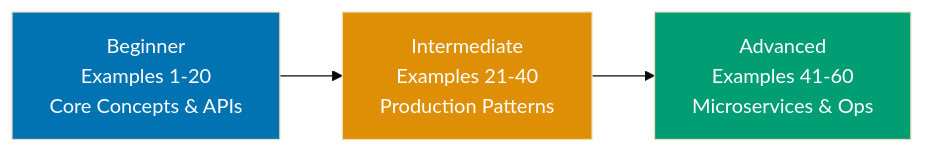
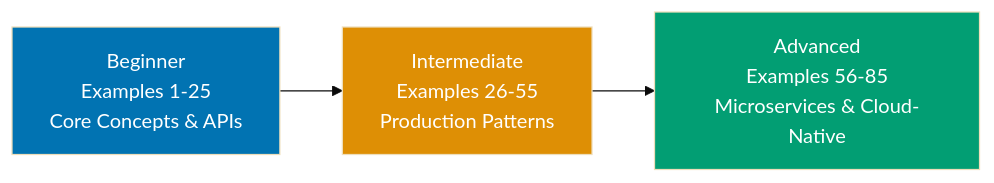
Before and after one commit to wahidyankf/open-sharia-enterprise: the diagram in apps/ayokoding-web/content/en/learn/software-engineering/platforms/web/java-spring-boot/by-example/overview.md, drawn with Mermaid (base theme). The commit also changed other lines of this file and 30 other files, not shown here.

````diff
--- a/apps/ayokoding-web/content/en/learn/software-engineering/platforms/web/java-spring-boot/by-example/overview.md
+++ b/apps/ayokoding-web/content/en/learn/software-engineering/platforms/web/java-spring-boot/by-example/overview.md
@@ -40,10 +40,10 @@
 ```mermaid
 %% Color Palette: Blue #0173B2, Orange #DE8F05, Teal #029E73, Purple #CC78BC, Brown #CA9161
 graph LR
-    A["Beginner<br/>Examples 1-20<br/>Core Concepts & APIs"] --> B["Intermediate<br/>Examples 21-40<br/>Production Patterns"]
-    B --> C["Advanced<br/>Examples 41-60<br/>Microservices & Ops"]
+    A["Beginner<br/>Examples 1-25<br/>Core Concepts & APIs"] --> B["Intermediate<br/>Examples 26-55<br/>Production Patterns"]
+    B --> C["Advanced<br/>Examples 56-85<br/>Microservices & Cloud-Native"]
 
     style A fill:#0173B2,color:#fff
     style B fill:#DE8F05,color:#fff
     style C fill:#029E73,color:#fff
 ```
````
